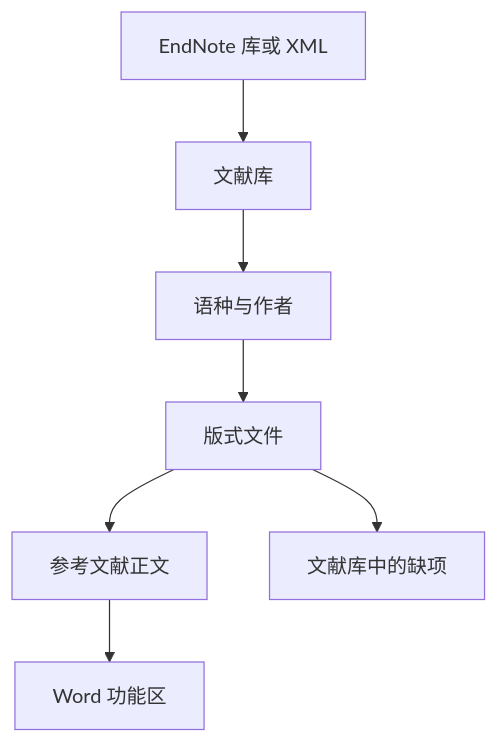
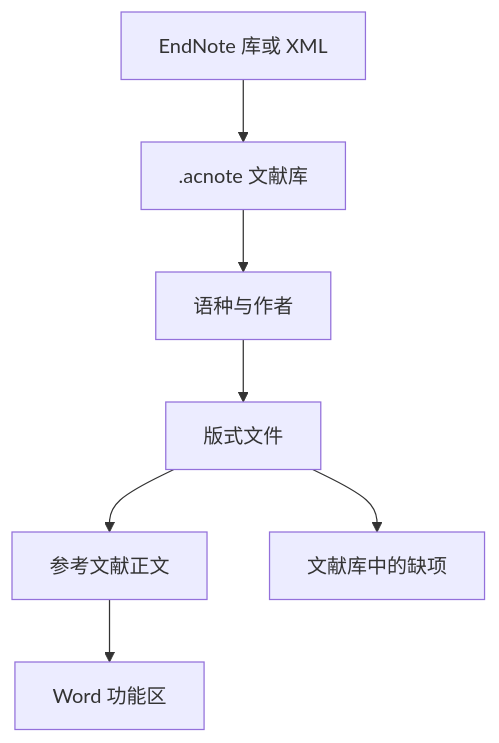
The diagram in README.zh-CN.md (DLWangSan/acnote), drawn with Mermaid before and after one commit. The commit also changed other lines of this file and 26 other files, not shown here.

````diff
--- a/README.zh-CN.md
+++ b/README.zh-CN.md
@@ -91,9 +87,9 @@
 ```mermaid
 flowchart TD
-    A[EndNote 库或 XML] --> B[文献库]
+    A[EndNote 库或 XML] --> B[.acnote 文献库]
     B --> C[语种与作者]
     C --> D[版式文件]
     D --> E[参考文献正文]
     D --> F[文献库中的缺项]
     E --> G[Word 功能区]
 ```
````
